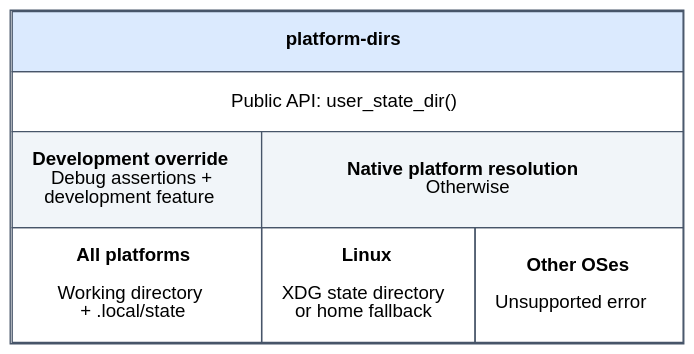
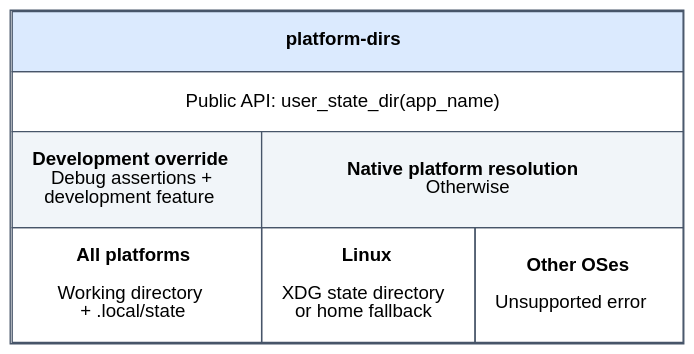
The diagram in crates/platform-dirs/docs/architecture.dot (chessvaultdotapp/chessvault), drawn with Graphviz before and after one commit. The commit also changed 25 other files, not shown here.

```diff
--- a/crates/platform-dirs/docs/architecture.dot
+++ b/crates/platform-dirs/docs/architecture.dot
@@ -1,20 +1,20 @@
 digraph architecture {
     graph [bgcolor="transparent", pad="0.2"];
     node [shape=plain, fontname="sans-serif"];
 
     package [label=<
         <TABLE BORDER="1" CELLBORDER="1" CELLSPACING="0" CELLPADDING="14" COLOR="#475569" BGCOLOR="#ffffff">
             <TR><TD COLSPAN="3" BGCOLOR="#dbeafe"><B>platform-dirs</B></TD></TR>
-            <TR><TD COLSPAN="3">Public API: user_state_dir()</TD></TR>
+            <TR><TD COLSPAN="3">Public API: user_state_dir(app_name)</TD></TR>
             <TR>
                 <TD BGCOLOR="#f1f5f9"><B>Development override</B><BR/>Debug assertions +<BR/>development feature</TD>
                 <TD COLSPAN="2" BGCOLOR="#f1f5f9"><B>Native platform resolution</B><BR/>Otherwise</TD>
             </TR>
             <TR>
                 <TD><B>All platforms</B><BR/><BR/>Working directory<BR/>+ .local/state</TD>
                 <TD><B>Linux</B><BR/><BR/>XDG state directory<BR/>or home fallback</TD>
                 <TD><B>Other OSes</B><BR/><BR/>Unsupported error</TD>
             </TR>
         </TABLE>
     >];
 }
```
